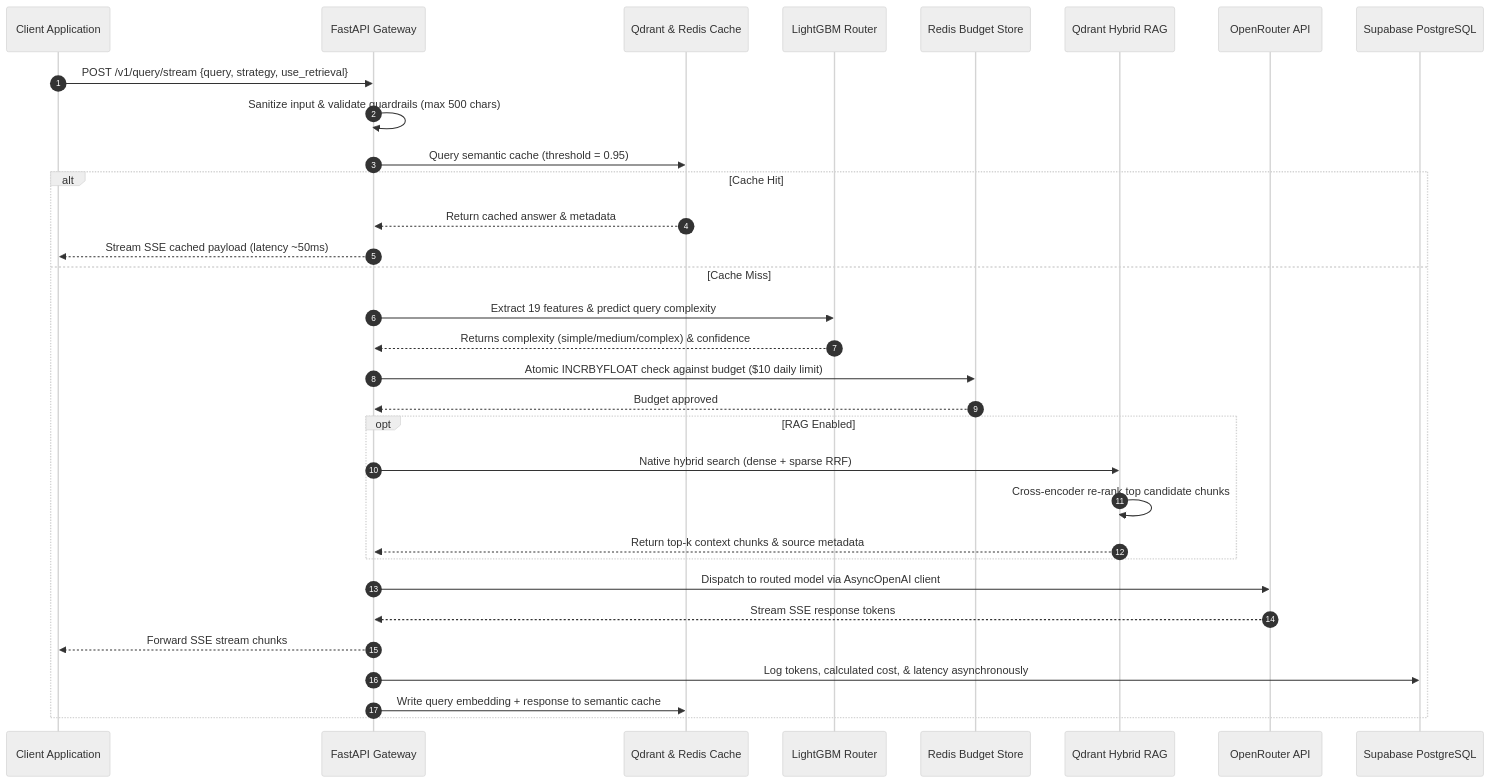
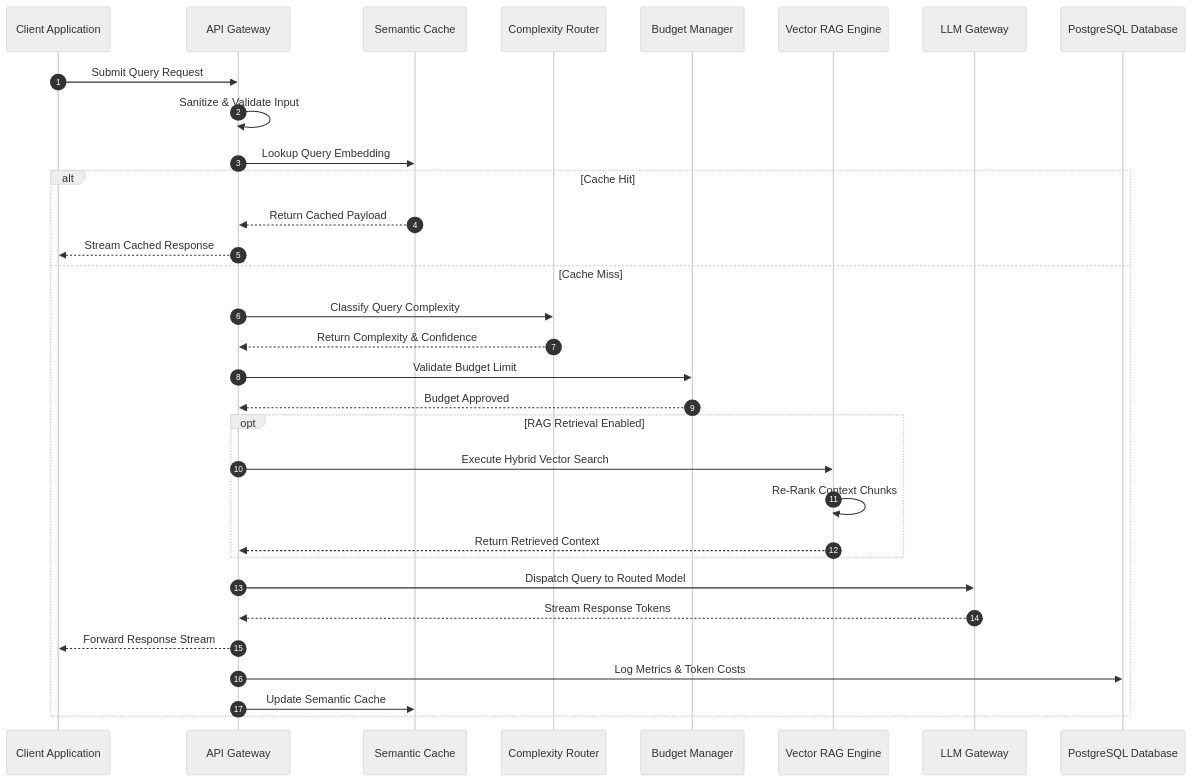
The second of 2 diagrams in README.md (JavithNaseem-J/SmartRoute-AI), drawn with Mermaid (neutral theme) before and after one commit. The commit also changed other lines of this file, not shown here.

Commit message:
fix: API Unavailable. Start python -m api.main and ReadME Updated

````diff
--- a/README.md
+++ b/README.md
@@ -89,35 +90,35 @@
 ```mermaid
 sequenceDiagram
     autonumber
     participant Client as Client Application
-    participant API as FastAPI Gateway
-    participant Cache as Qdrant & Redis Cache
-    participant ML as LightGBM Router
-    participant Redis as Redis Budget Store
-    participant RAG as Qdrant Hybrid RAG
-    participant LLM as OpenRouter API
-    participant DB as Supabase PostgreSQL
+    participant Gateway as API Gateway
+    participant Cache as Semantic Cache
+    participant Router as Complexity Router
+    participant Budget as Budget Manager
+    participant RAG as Vector RAG Engine
+    participant LLM as LLM Gateway
+    participant DB as PostgreSQL Database
 
-    Client->>API: POST /v1/query/stream {query, strategy, use_retrieval}
-    API->>API: Sanitize input & validate guardrails (max 500 chars)
-    API->>Cache: Query semantic cache (threshold = 0.95)
+    Client->>Gateway: Submit Query Request
+    Gateway->>Gateway: Sanitize & Validate Input
+    Gateway->>Cache: Lookup Query Embedding
     alt Cache Hit
-        Cache-->>API: Return cached answer & metadata
-        API-->>Client: Stream SSE cached payload (latency ~50ms)
+        Cache-->>Gateway: Return Cached Payload
+        Gateway-->>Client: Stream Cached Response
     else Cache Miss
-        API->>ML: Extract 19 features & predict query complexity
-        ML-->>API: Returns complexity (simple/medium/complex) & confidence
-        API->>Redis: Atomic INCRBYFLOAT check against budget ($10 daily limit)
-        Redis-->>API: Budget approved
-        opt RAG Enabled
-            API->>RAG: Native hybrid search (dense + sparse RRF)
-            RAG->>RAG: Cross-encoder re-rank top candidate chunks
-            RAG-->>API: Return top-k context chunks & source metadata
+        Gateway->>Router: Classify Query Complexity
+        Router-->>Gateway: Return Complexity & Confidence
+        Gateway->>Budget: Validate Budget Limit
+        Budget-->>Gateway: Budget Approved
+        opt RAG Retrieval Enabled
+            Gateway->>RAG: Execute Hybrid Vector Search
+            RAG->>RAG: Re-Rank Context Chunks
+            RAG-->>Gateway: Return Retrieved Context
         end
-        API->>LLM: Dispatch to routed model via AsyncOpenAI client
-        LLM-->>API: Stream SSE response tokens
-        API-->>Client: Forward SSE stream chunks
-        API->>DB: Log tokens, calculated cost, & latency asynchronously
-        API->>Cache: Write query embedding + response to semantic cache
+        Gateway->>LLM: Dispatch Query to Routed Model
+        LLM-->>Gateway: Stream Response Tokens
+        Gateway-->>Client: Forward Response Stream
+        Gateway->>DB: Log Metrics & Token Costs
+        Gateway->>Cache: Update Semantic Cache
     end
 ```
````
